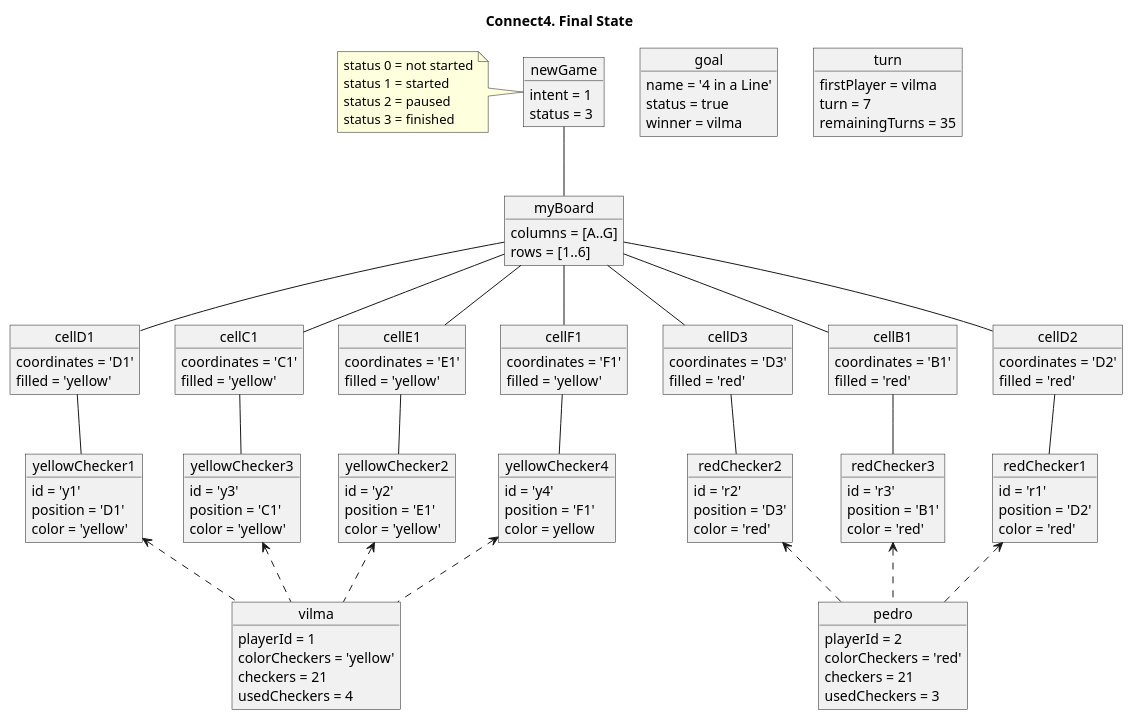
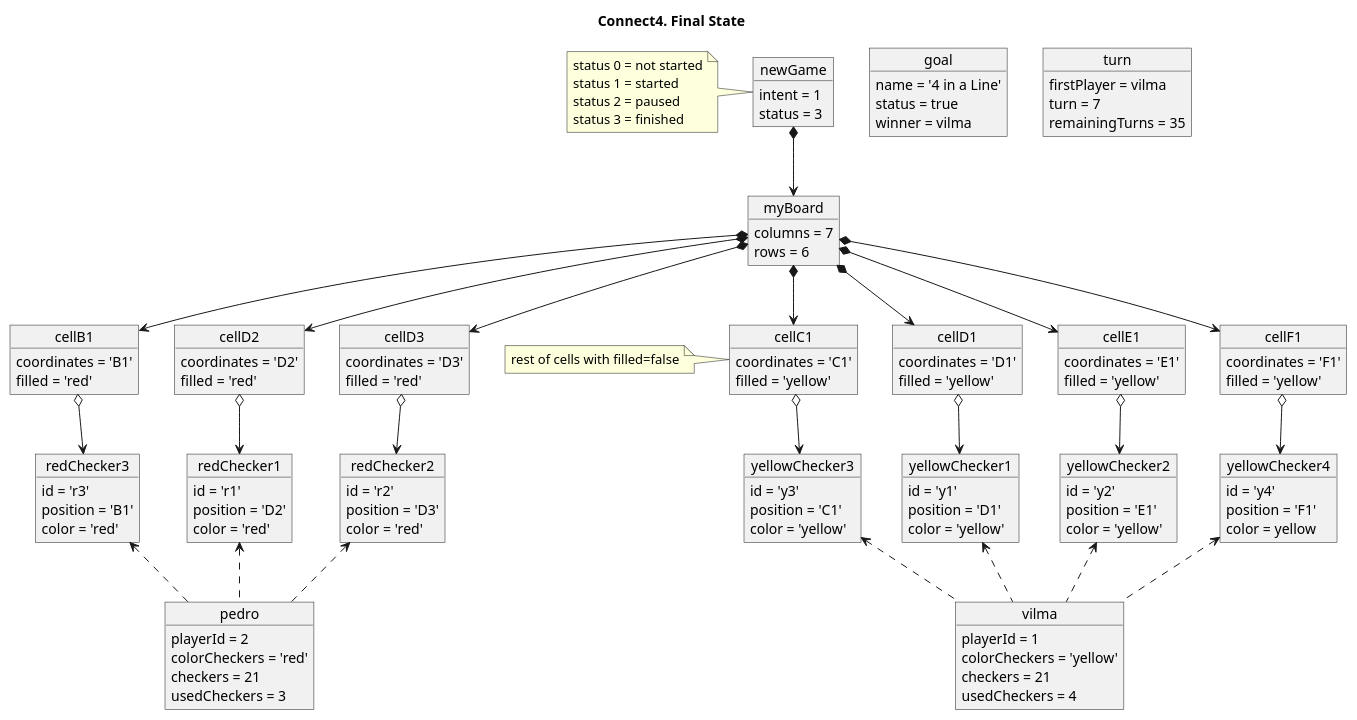
Before and after one commit to USantaTecla-ed-mpds/lab-boole: the diagram in tech-plantuml/game-connect4/docs/connect4--final-state.puml, drawn with PlantUML. The commit also changed 1 other file, not shown here.

Commit message:
Update Connect4 UML diagram. Initial and final states

```diff
--- a/tech-plantuml/game-connect4/docs/connect4--final-state.puml
+++ b/tech-plantuml/game-connect4/docs/connect4--final-state.puml
@@ -1,165 +1,169 @@
 @startuml connect4--final-state
 
 
 title Connect4. Final State
 
 object newGame
 note left of newGame
     status 0 = not started
     status 1 = started
     status 2 = paused
     status 3 = finished
 end note
 
 object myBoard
 object vilma
 object pedro
 object goal
 object turn
 
 
 
 object newGame {
     intent = 1
     status = 3
 }
 
 object goal {
     name = '4 in a Line'
     status = true
     winner = vilma
 }
 
 object turn {
     firstPlayer = vilma
     turn = 7
     remainingTurns = 35
 }
 
 object myBoard {
-    columns = [A..G]
-    rows = [1..6]
+    columns = 7
+    rows = 6
 }
 
 object cellD1 {
     coordinates = 'D1'
     filled = 'yellow'
 }
 
 object cellD2 {
     coordinates = 'D2'
     filled = 'red'
 }
 
 object cellE1 {
     coordinates = 'E1'
     filled = 'yellow'
 }
 
 object cellD3 {
     coordinates = 'D3'
     filled = 'red'
 }
 
 object cellC1 {
     coordinates = 'C1'
     filled = 'yellow'
 }
 
 object cellB1 {
     coordinates = 'B1'
     filled = 'red'
 }
 
 object cellF1 {
     coordinates = 'F1'
     filled = 'yellow'
 }
+
+note left of cellC1
+    rest of cells with filled=false
+end note
 
 
 object yellowChecker1 {
     id = 'y1'
     position = 'D1'
     color = 'yellow'
 }
 
 object redChecker1 {
     id = 'r1'
     position = 'D2'
     color = 'red'
 }
 
 object yellowChecker2 {
     id = 'y2'
     position = 'E1'
     color = 'yellow'
 }
 
 object redChecker2 {
     id = 'r2'
     position = 'D3'
     color = 'red'
 }
 
 object yellowChecker3 {
     id = 'y3'
     position = 'C1'
     color = 'yellow'
 }
 
 object redChecker3 {
     id = 'r3'
     position = 'B1'
     color = 'red'
 }
 
 object yellowChecker4 {
     id = 'y4'
     position = 'F1'
     color = yellow
 }
 
 
 object vilma {
     playerId = 1
     colorCheckers = 'yellow'
     checkers = 21
     usedCheckers = 4
 }
 
 object pedro {
     playerId = 2
     colorCheckers = 'red'
     checkers = 21
     usedCheckers = 3
 }
 
 
-newGame -- myBoard
+newGame *--> myBoard
 
-myBoard -- cellD1
-myBoard -- cellE1
-myBoard -- cellC1
-myBoard -- cellF1
-myBoard -- cellD2
-myBoard -- cellD3
-myBoard -- cellB1
+myBoard *--> cellD1
+myBoard *--> cellE1
+myBoard *--> cellC1
+myBoard *--> cellF1
+myBoard *--> cellD2
+myBoard *--> cellD3
+myBoard *--> cellB1
 
-cellD1 -- yellowChecker1
-cellE1 -- yellowChecker2
-cellC1 -- yellowChecker3
-cellF1 -- yellowChecker4
-cellD2 -- redChecker1
-cellD3 -- redChecker2
-cellB1 -- redChecker3
+cellD1 o--> yellowChecker1
+cellE1 o--> yellowChecker2
+cellC1 o--> yellowChecker3
+cellF1 o--> yellowChecker4
+cellD2 o--> redChecker1
+cellD3 o--> redChecker2
+cellB1 o--> redChecker3
 
 vilma .up.> yellowChecker1
 vilma .up.> yellowChecker2
 vilma .up.> yellowChecker3
 vilma .up.> yellowChecker4
 pedro .up.> redChecker1
 pedro .up.> redChecker2
 pedro .up.> redChecker3
 
 
 @enduml
```
